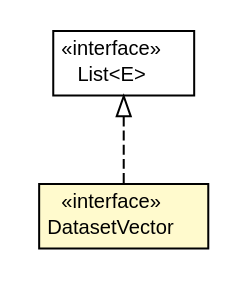
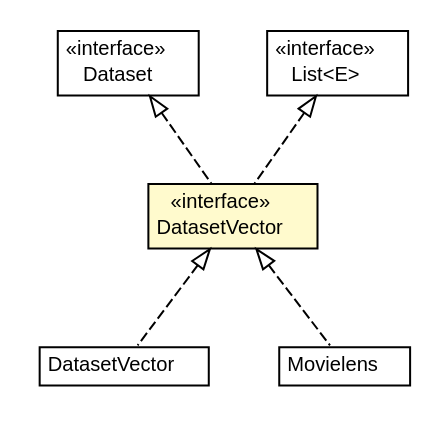
The diagram in docs/it/unica/foresee/datasets/interfaces/DatasetVector.dot (UnicaLabs-CS/Foresee), drawn with Graphviz before and after one commit. The commit also changed 164 other files, not shown here.

```diff
--- a/docs/it/unica/foresee/datasets/interfaces/DatasetVector.dot
+++ b/docs/it/unica/foresee/datasets/interfaces/DatasetVector.dot
@@ -1,28 +1,53 @@
 #!/usr/local/bin/dot
 #
 # Class diagram 
 # Generated by UMLGraph version 5.2 (http://www.umlgraph.org/)
 #
 
 digraph G {
 	edge [fontname="Helvetica",fontsize=10,labelfontname="Helvetica",labelfontsize=10];
 	node [fontname="Helvetica",fontsize=10,shape=plaintext];
 	nodesep=0.25;
 	ranksep=0.5;
 	// it.unica.foresee.datasets.interfaces.DatasetVector
-	c521 [label=<<table title="it.unica.foresee.datasets.interfaces.DatasetVector" border="0" cellborder="1" cellspacing="0" cellpadding="2" port="p" bgcolor="lemonChiffon" href="./DatasetVector.html">
+	c570 [label=<<table title="it.unica.foresee.datasets.interfaces.DatasetVector" border="0" cellborder="1" cellspacing="0" cellpadding="2" port="p" bgcolor="lemonChiffon" href="./DatasetVector.html">
 		<tr><td><table border="0" cellspacing="0" cellpadding="1">
 <tr><td align="center" balign="center"> &#171;interface&#187; </td></tr>
 <tr><td align="center" balign="center"> DatasetVector </td></tr>
 		</table></td></tr>
 		</table>>, fontname="Helvetica", fontcolor="black", fontsize=10.0];
+	// it.unica.foresee.datasets.interfaces.Dataset
+	c574 [label=<<table title="it.unica.foresee.datasets.interfaces.Dataset" border="0" cellborder="1" cellspacing="0" cellpadding="2" port="p" href="./Dataset.html">
+		<tr><td><table border="0" cellspacing="0" cellpadding="1">
+<tr><td align="center" balign="center"> &#171;interface&#187; </td></tr>
+<tr><td align="center" balign="center"> Dataset </td></tr>
+		</table></td></tr>
+		</table>>, fontname="Helvetica", fontcolor="black", fontsize=10.0];
+	// it.unica.foresee.datasets.DatasetVector
+	c576 [label=<<table title="it.unica.foresee.datasets.DatasetVector" border="0" cellborder="1" cellspacing="0" cellpadding="2" port="p" href="../DatasetVector.html">
+		<tr><td><table border="0" cellspacing="0" cellpadding="1">
+<tr><td align="center" balign="center"> DatasetVector </td></tr>
+		</table></td></tr>
+		</table>>, fontname="Helvetica", fontcolor="black", fontsize=10.0];
+	// it.unica.foresee.datasets.Movielens
+	c582 [label=<<table title="it.unica.foresee.datasets.Movielens" border="0" cellborder="1" cellspacing="0" cellpadding="2" port="p" href="../Movielens.html">
+		<tr><td><table border="0" cellspacing="0" cellpadding="1">
+<tr><td align="center" balign="center"> Movielens </td></tr>
+		</table></td></tr>
+		</table>>, fontname="Helvetica", fontcolor="black", fontsize=10.0];
 	//it.unica.foresee.datasets.interfaces.DatasetVector implements java.util.List<E>
-	c551:p -> c521:p [dir=back,arrowtail=empty,style=dashed];
+	c603:p -> c570:p [dir=back,arrowtail=empty,style=dashed];
+	//it.unica.foresee.datasets.interfaces.DatasetVector implements it.unica.foresee.datasets.interfaces.Dataset
+	c574:p -> c570:p [dir=back,arrowtail=empty,style=dashed];
+	//it.unica.foresee.datasets.DatasetVector implements it.unica.foresee.datasets.interfaces.DatasetVector
+	c570:p -> c576:p [dir=back,arrowtail=empty,style=dashed];
+	//it.unica.foresee.datasets.Movielens implements it.unica.foresee.datasets.interfaces.DatasetVector
+	c570:p -> c582:p [dir=back,arrowtail=empty,style=dashed];
 	// java.util.List<E>
-	c551 [label=<<table title="java.util.List" border="0" cellborder="1" cellspacing="0" cellpadding="2" port="p" href="http://java.sun.com/j2se/1.4.2/docs/api/java/util/List.html">
+	c603 [label=<<table title="java.util.List" border="0" cellborder="1" cellspacing="0" cellpadding="2" port="p" href="http://java.sun.com/j2se/1.4.2/docs/api/java/util/List.html">
 		<tr><td><table border="0" cellspacing="0" cellpadding="1">
 <tr><td align="center" balign="center"> &#171;interface&#187; </td></tr>
 <tr><td align="center" balign="center"> List&lt;E&gt; </td></tr>
 		</table></td></tr>
 		</table>>, fontname="Helvetica", fontcolor="black", fontsize=10.0];
 }
```
